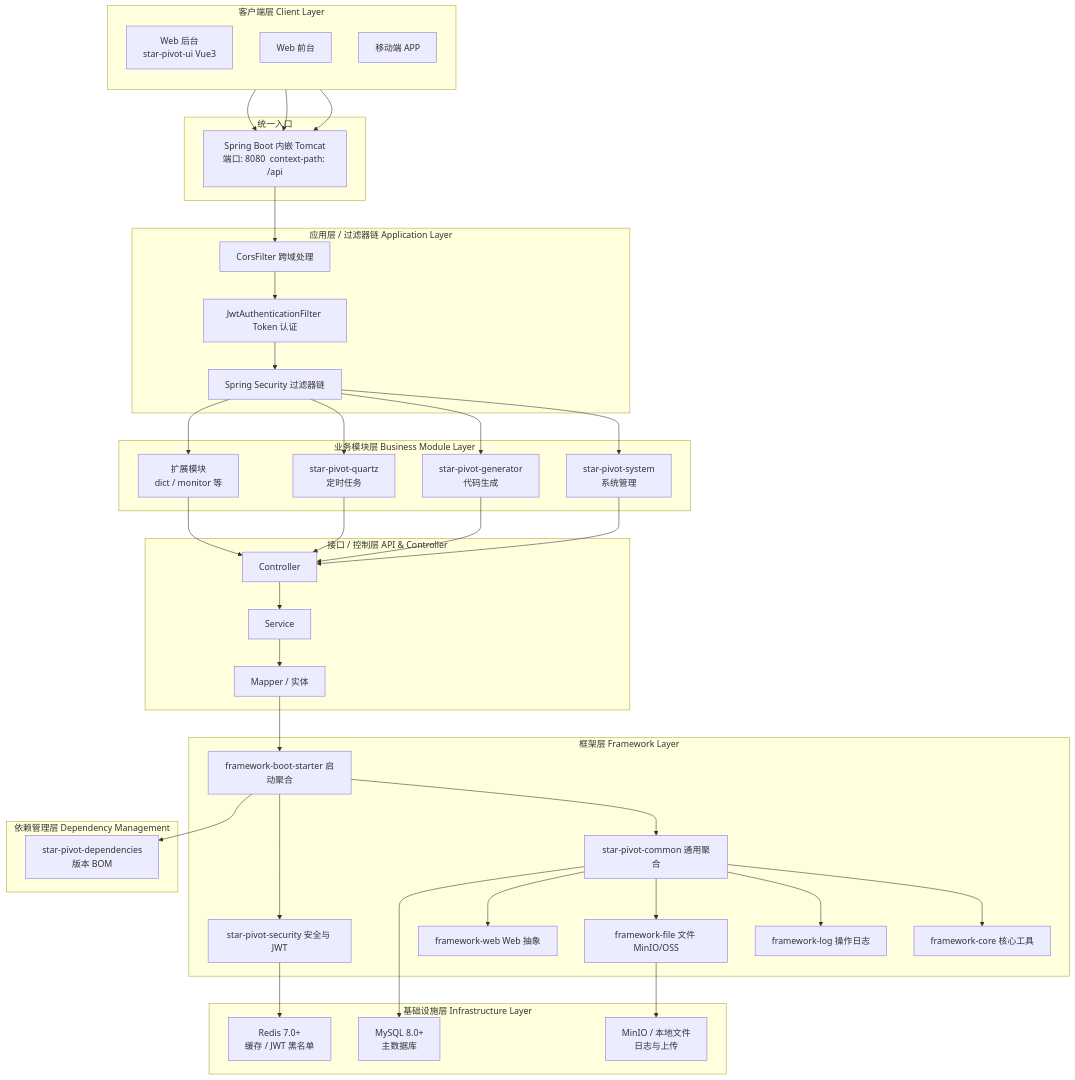
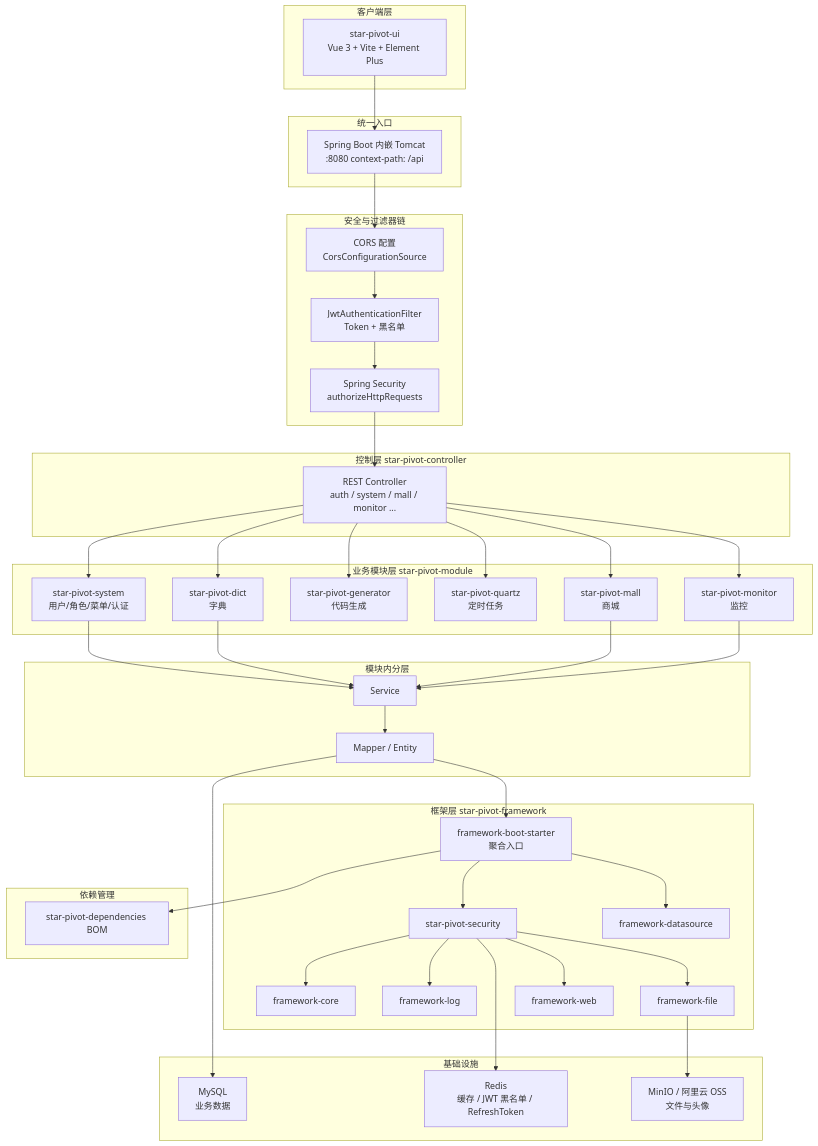
One commit to xinxin-star1998/star-pivot changed the first of 8 diagrams in doc/架构图与流程图.md. Above: the diagram before and after it, drawn with Mermaid. The commit also changed other lines of this file and 150 other files, not shown here.

````diff
--- a/doc/架构图与流程图.md
+++ b/doc/架构图与流程图.md
@@ -11,79 +17,81 @@
 ```mermaid
 flowchart TB
-    subgraph Client["客户端层 Client Layer"]
-        Web1[Web 后台<br/>star-pivot-ui Vue3]
-        Web2[Web 前台]
-        App[移动端 APP]
-        direction TB
+    subgraph Client["客户端层"]
+        Web["star-pivot-ui<br/>Vue 3 + Vite + Element Plus"]
     end
 
     subgraph Entry["统一入口"]
-        Tomcat["Spring Boot 内嵌 Tomcat<br/>端口: 8080  context-path: /api"]
+        Tomcat["Spring Boot 内嵌 Tomcat<br/>:8080  context-path: /api"]
     end
 
-    subgraph AppLayer["应用层 / 过滤器链 Application Layer"]
-        F1["CorsFilter 跨域处理"]
-        F2["JwtAuthenticationFilter Token 认证"]
-        F3["Spring Security 过滤器链"]
-        F1 --> F2 --> F3
+    subgraph AppLayer["安全与过滤器链"]
+        Cors["CORS 配置<br/>CorsConfigurationSource"]
+        Jwt["JwtAuthenticationFilter<br/>Token + 黑名单"]
+        Sec["Spring Security<br/>authorizeHttpRequests"]
+        Cors --> Jwt --> Sec
     end
 
-    subgraph Biz["业务模块层 Business Module Layer"]
-        M1["star-pivot-system<br/>系统管理"]
-        M2["star-pivot-generator<br/>代码生成"]
-        M3["star-pivot-quartz<br/>定时任务"]
-        M4["扩展模块<br/>dict / monitor 等"]
+    subgraph Ctrl["控制层 star-pivot-controller"]
+        Ctl["REST Controller<br/>auth / system / mall / monitor ..."]
     end
 
-    subgraph API["接口 / 控制层 API & Controller"]
-        A1["Controller"]
-        A2["Service"]
-        A3["Mapper / 实体"]
+    subgraph Biz["业务模块层 star-pivot-module"]
+        M_sys["star-pivot-system<br/>用户/角色/菜单/认证"]
+        M_dict["star-pivot-dict<br/>字典"]
+        M_gen["star-pivot-generator<br/>代码生成"]
+        M_qtz["star-pivot-quartz<br/>定时任务"]
+        M_mon["star-pivot-monitor<br/>监控"]
+        M_mall["star-pivot-mall<br/>商城"]
     end
 
-    subgraph Framework["框架层 Framework Layer"]
-        FW1["framework-core 核心工具"]
-        FW2["framework-log 操作日志"]
-        FW3["framework-file 文件 MinIO/OSS"]
-        FW4["framework-web Web 抽象"]
-        FW5["star-pivot-common 通用聚合"]
-        FW6["star-pivot-security 安全与 JWT"]
-        FW7["framework-boot-starter 启动聚合"]
+    subgraph Svc["模块内分层"]
+        S1["Service"]
+        S2["Mapper / Entity"]
+        S1 --> S2
     end
 
-    subgraph Dep["依赖管理层 Dependency Management"]
-        BOM["star-pivot-dependencies<br/>版本 BOM"]
+    subgraph Framework["框架层 star-pivot-framework"]
+        FW_bs["framework-boot-starter<br/>聚合入口"]
+        FW_sec["star-pivot-security"]
+        FW_ds["framework-datasource"]
+        FW_core["framework-core"]
+        FW_log["framework-log"]
+        FW_file["framework-file"]
+        FW_web["framework-web"]
+        FW_bs --> FW_sec
+        FW_bs --> FW_ds
+        FW_sec --> FW_core
+        FW_sec --> FW_log
+        FW_sec --> FW_file
+        FW_sec --> FW_web
     end
 
-    subgraph Infra["基础设施层 Infrastructure Layer"]
-        MySQL["MySQL 8.0+<br/>主数据库"]
-        Redis["Redis 7.0+<br/>缓存 / JWT 黑名单"]
-        MinIO["MinIO / 本地文件<br/>日志与上传"]
+    subgraph Dep["依赖管理"]
+        BOM["star-pivot-dependencies BOM"]
     end
 
-    Web1 --> Tomcat
-    Web2 --> Tomcat
-    App --> Tomcat
-    Tomcat --> F1
-    F3 --> M1
-    F3 --> M2
-    F3 --> M3
-    F3 --> M4
-    M1 --> A1
-    M2 --> A1
-    M3 --> A1
-    M4 --> A1
-    A1 --> A2
-    A2 --> A3
-    A3 --> FW7
-    FW7 --> FW5
-    FW7 --> FW6
-    FW5 --> FW1
-    FW5 --> FW2
-    FW5 --> FW3
-    FW5 --> FW4
-    FW7 --> BOM
-    FW6 --> Redis
-    FW5 --> MySQL
-    FW3 --> MinIO
+    subgraph Infra["基础设施"]
+        MySQL["MySQL<br/>业务数据"]
+        Redis["Redis<br/>缓存 / JWT 黑名单 / RefreshToken"]
+        OSS["MinIO / 阿里云 OSS<br/>文件与头像"]
+    end
+
+    Web --> Tomcat
+    Tomcat --> Cors
+    Sec --> Ctl
+    Ctl --> M_sys
+    Ctl --> M_dict
+    Ctl --> M_gen
+    Ctl --> M_qtz
+    Ctl --> M_mon
+    Ctl --> M_mall
+    M_sys --> S1
+    M_dict --> S1
+    M_mall --> S1
+    M_mon --> S1
+    S2 --> FW_bs
+    FW_bs --> BOM
+    FW_sec --> Redis
+    S2 --> MySQL
+    FW_file --> OSS
 ```
````
